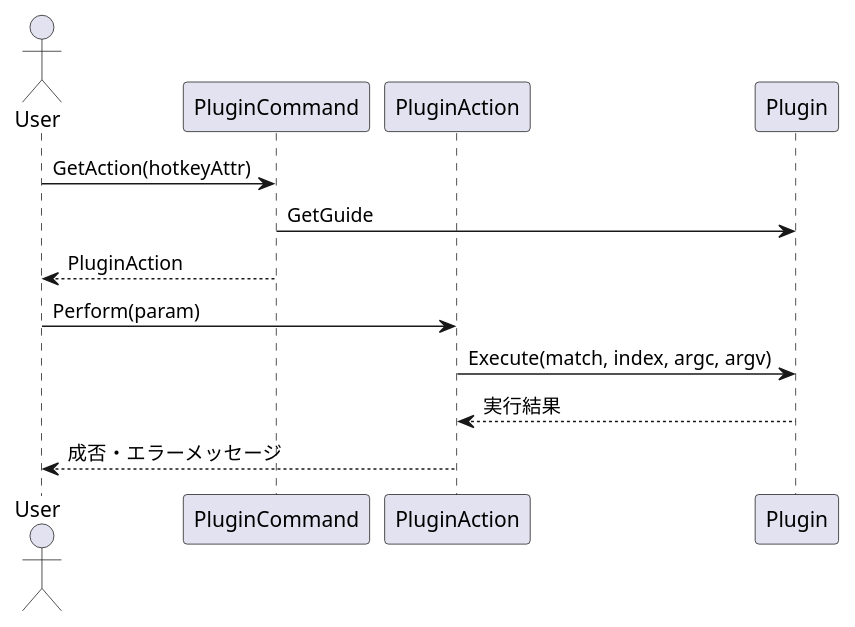
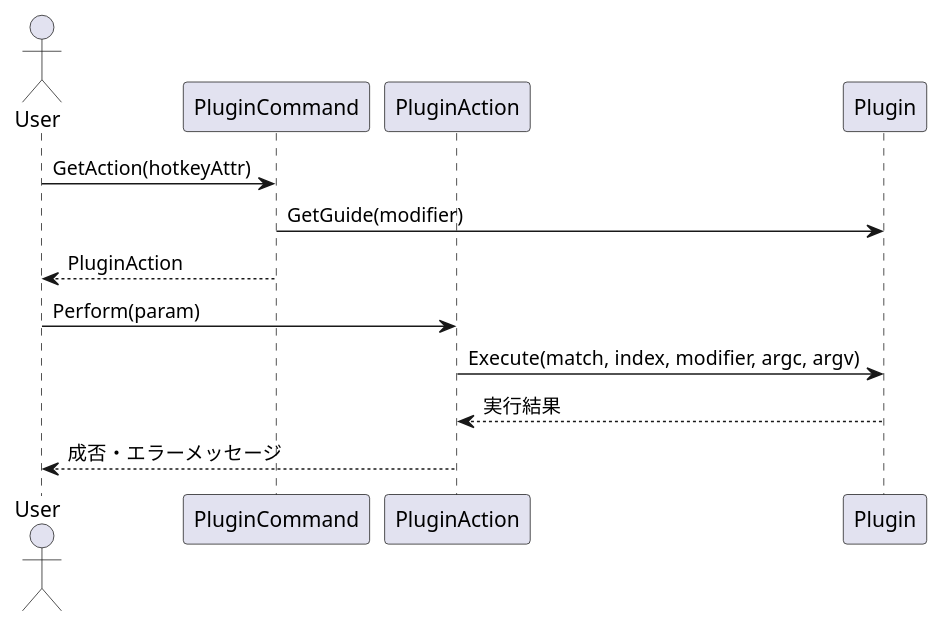
One commit to ampmmn/Soyokaze changed the third of 3 diagrams in src/soyokaze/commands/plugin/README.md. Above: the diagram before and after it, drawn with PlantUML. The commit also changed other lines of this file and 10 other files, not shown here.

````diff
--- a/src/soyokaze/commands/plugin/README.md
+++ b/src/soyokaze/commands/plugin/README.md
@@ -166,16 +166,16 @@
 ```plantuml
 @startuml
 actor User
 participant PluginCommand
 participant PluginAction
 participant Plugin
 
 User -> PluginCommand : GetAction(hotkeyAttr)
-PluginCommand -> Plugin : GetGuide
+PluginCommand -> Plugin : GetGuide(modifier)
 PluginCommand --> User : PluginAction
 User -> PluginAction : Perform(param)
-PluginAction -> Plugin : Execute(match, index, argc, argv)
+PluginAction -> Plugin : Execute(match, index, modifier, argc, argv)
 Plugin --> PluginAction : 実行結果
 PluginAction --> User : 成否・エラーメッセージ
 @enduml
 ```
````
